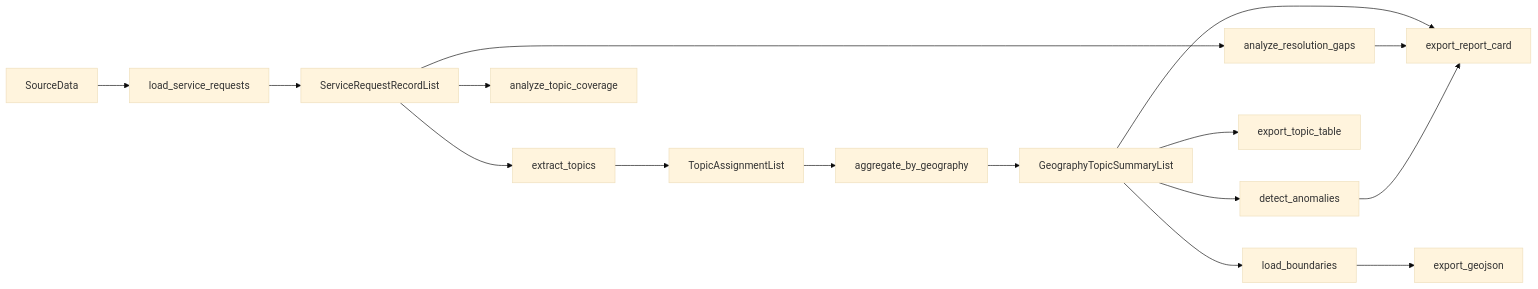
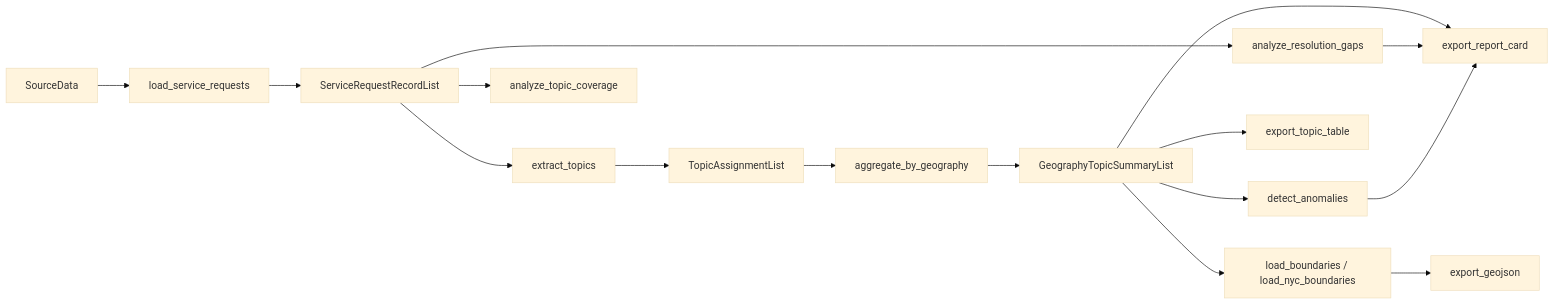
Before and after one commit to random-walks/nyc311: the diagram in docs/architecture.md, drawn with Mermaid (base theme). The commit also changed other lines of this file and 55 other files, not shown here.

````diff
--- a/docs/architecture.md
+++ b/docs/architecture.md
@@ -10,18 +10,18 @@
 ```mermaid
 flowchart LR
     sourceData[SourceData] --> loaders[load_service_requests]
     loaders --> records[ServiceRequestRecordList]
     records --> extract[extract_topics]
     records --> coverage[analyze_topic_coverage]
     records --> gaps[analyze_resolution_gaps]
     extract --> assignments[TopicAssignmentList]
     assignments --> aggregate[aggregate_by_geography]
     aggregate --> summaries[GeographyTopicSummaryList]
     summaries --> anomalies[detect_anomalies]
     summaries --> csvExport[export_topic_table]
-    summaries --> geojsonPrep[load_boundaries]
+    summaries --> geojsonPrep[load_boundaries / load_nyc_boundaries]
     geojsonPrep --> geojsonExport[export_geojson]
     summaries --> report[export_report_card]
     gaps --> report
     anomalies --> report
 ```
````
